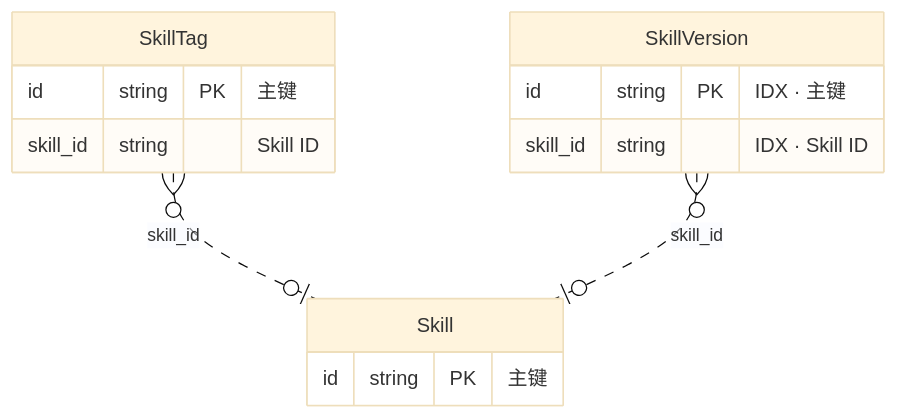
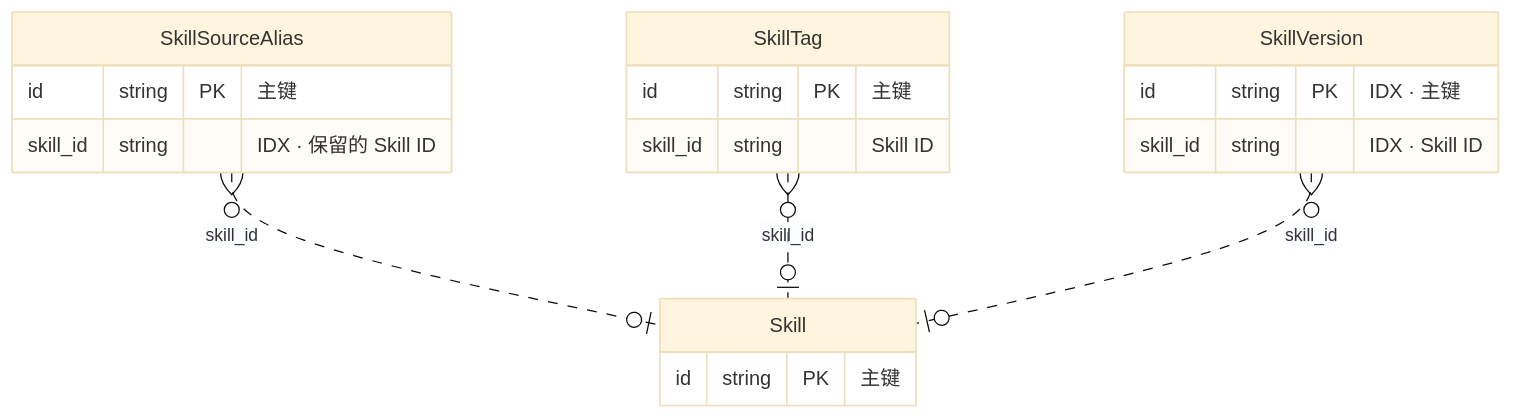
Before and after one commit to fino-apps/skillhub: the diagram in docs/er.md, drawn with Mermaid (base theme). The commit also changed other lines of this file and 34 other files, not shown here.

````diff
--- a/docs/er.md
+++ b/docs/er.md
@@ -13,17 +13,22 @@
 ```mermaid
 erDiagram
     direction TB
     "skillhub.Skill"["Skill"] {
         id string PK "主键"
+    }
+    "skillhub.SkillSourceAlias"["SkillSourceAlias"] {
+        id string PK "主键"
+        skill_id string "IDX · 保留的 Skill ID"
     }
     "skillhub.SkillTag"["SkillTag"] {
         id string PK "主键"
         skill_id string "Skill ID"
     }
     "skillhub.SkillVersion"["SkillVersion"] {
         id string PK "IDX · 主键"
         skill_id string "IDX · Skill ID"
     }
+    "skillhub.SkillSourceAlias" }o..o| "skillhub.Skill" : "skill_id"
     "skillhub.SkillTag" }o..o| "skillhub.Skill" : "skill_id"
     "skillhub.SkillVersion" }o..o| "skillhub.Skill" : "skill_id"
 ```
````
